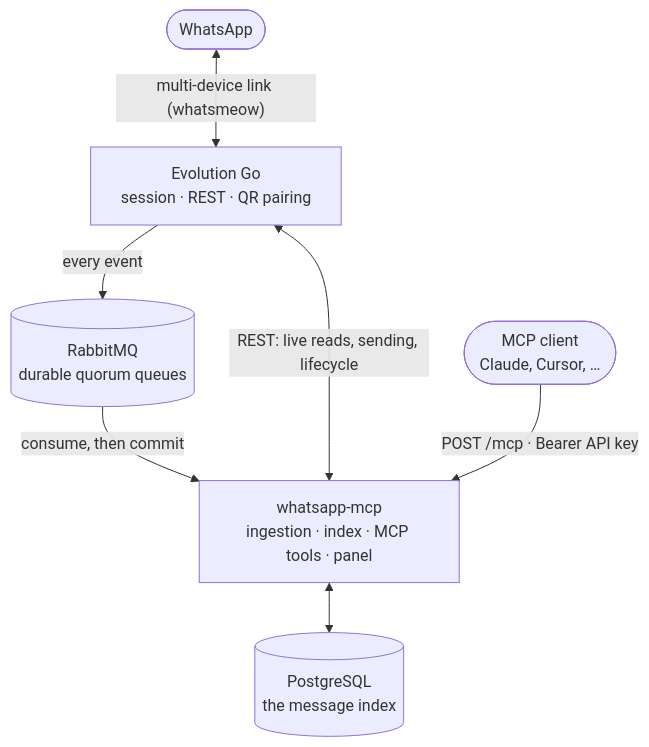
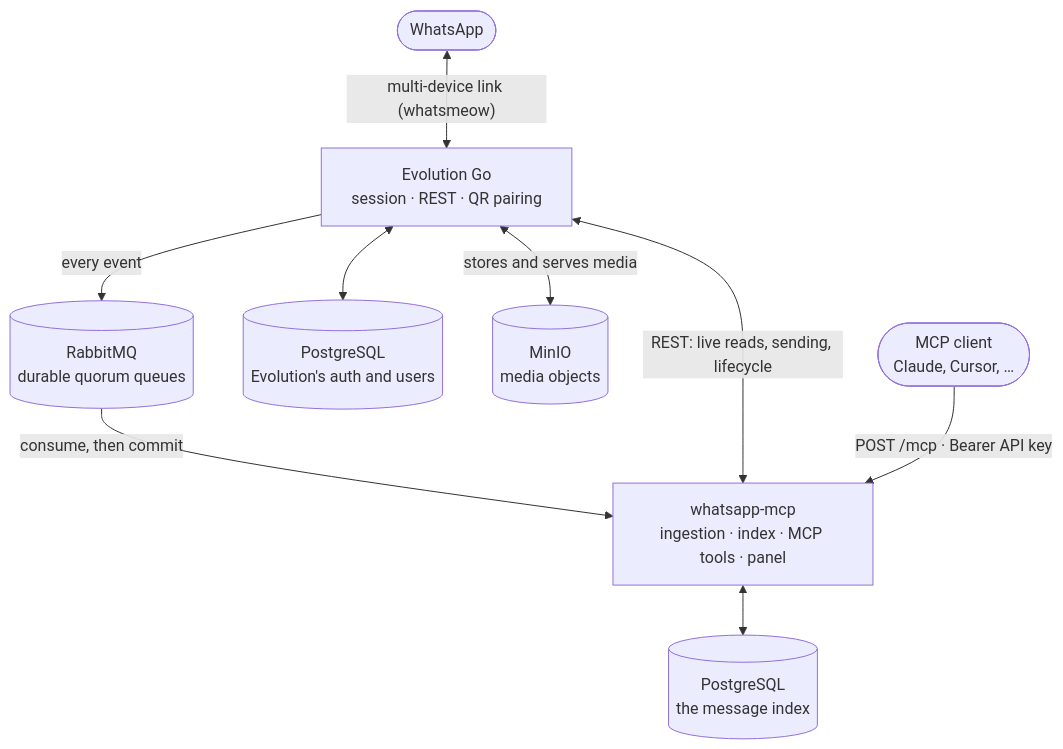
Before and after one commit to BrOrlandi/whatsapp-mcp: the diagram in docs/architecture.md, drawn with Mermaid. The commit also changed 14 other files, not shown here.

````diff
--- a/docs/architecture.md
+++ b/docs/architecture.md
@@ -21,16 +21,20 @@
 ```mermaid
 flowchart TD
     WA(["WhatsApp"])
     EVO["Evolution Go<br/>session · REST · QR pairing"]
     MQ[("RabbitMQ<br/>durable quorum queues")]
     GW["whatsapp-mcp<br/>ingestion · index · MCP tools · panel"]
     DB[("PostgreSQL<br/>the message index")]
+    EVODB[("PostgreSQL<br/>Evolution's auth and users")]
+    MINIO[("MinIO<br/>media objects")]
     CLIENT(["MCP client<br/>Claude, Cursor, …"])
 
     WA <-->|"multi-device link (whatsmeow)"| EVO
     EVO -->|"every event"| MQ
     MQ -->|"consume, then commit"| GW
     EVO <-->|"REST: live reads, sending, lifecycle"| GW
+    EVO <--> EVODB
+    EVO <-->|"stores and serves media"| MINIO
     GW <--> DB
     CLIENT -->|"POST /mcp · Bearer API key"| GW
 ```
````
